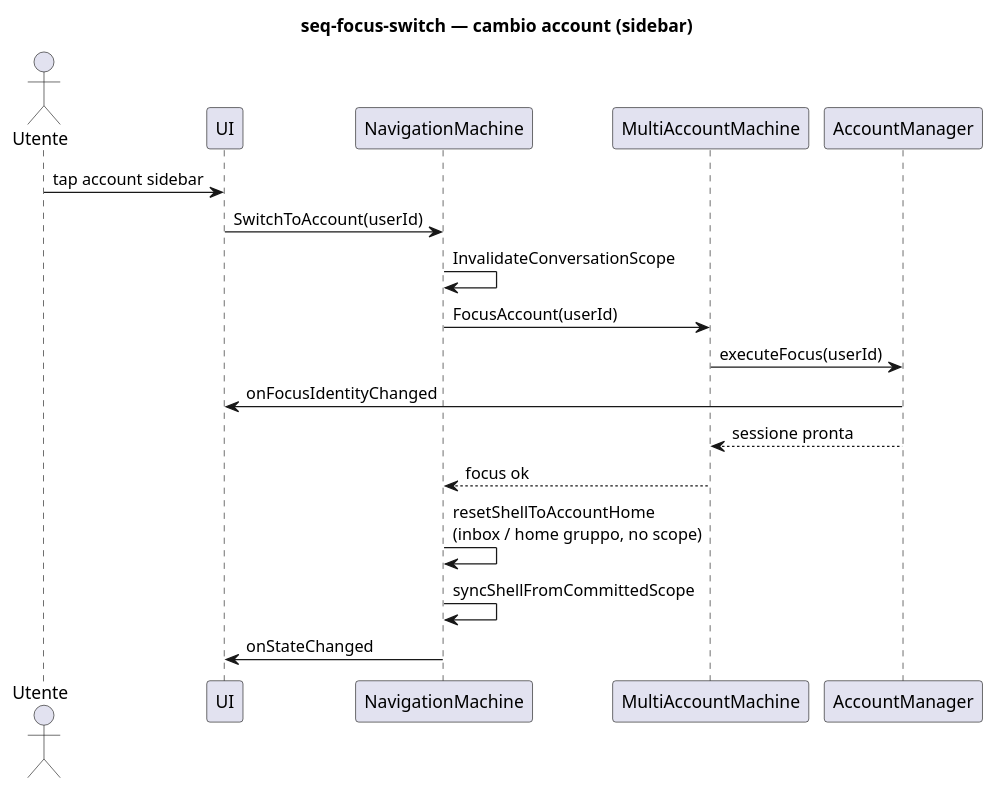
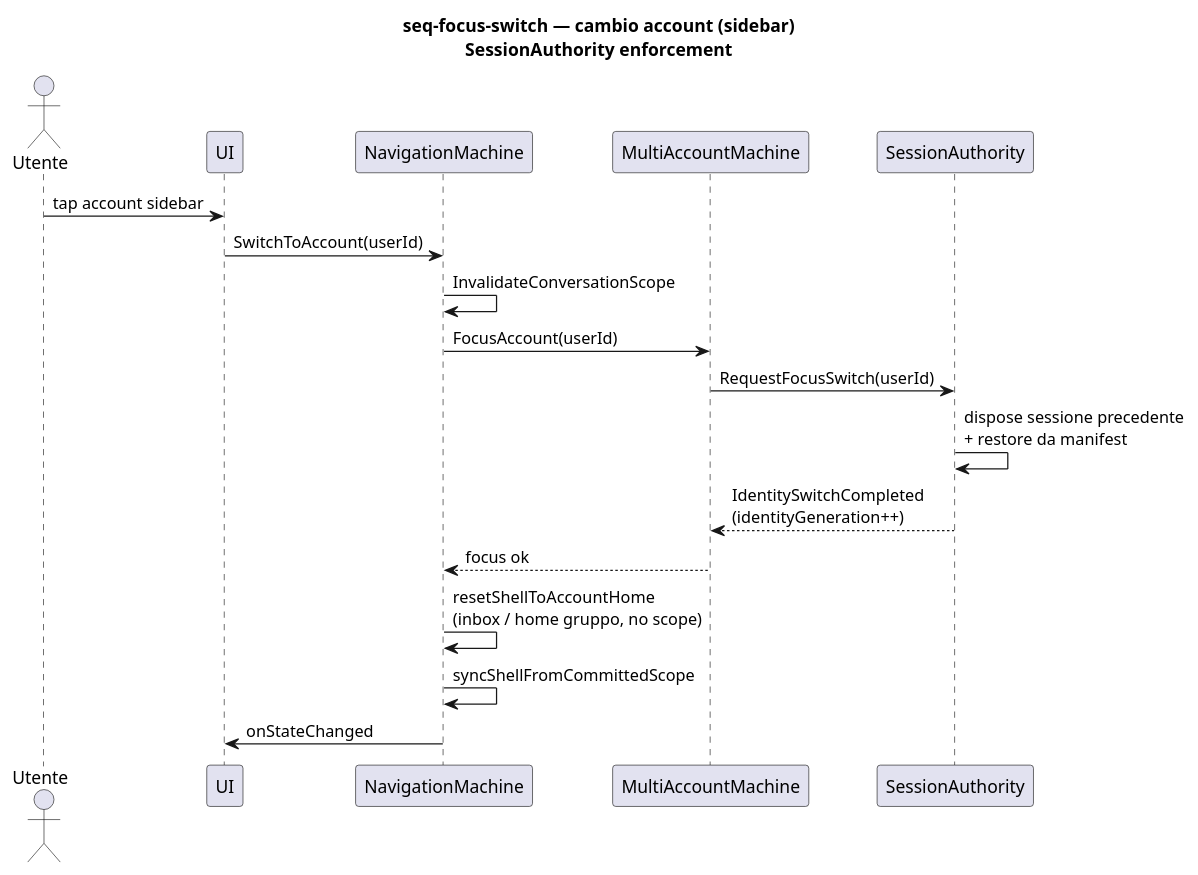
One commit to alfred-im/alfred-im changed the diagram in docs/model/uml/multi-account/seq-focus-switch.puml. Above: the diagram before and after it, drawn with PlantUML. The commit also changed 21 other files, not shown here.

First line of the commit message:
feat(multi-account): SessionAuthority — enforcement unico identità GoTrue

```diff
--- a/docs/model/uml/multi-account/seq-focus-switch.puml
+++ b/docs/model/uml/multi-account/seq-focus-switch.puml
@@ -1,26 +1,26 @@
 @startuml seq-focus-switch
 ' Context: multi-account + navigation
 ' Profile: client
-' Revision: 2026-07-19
+' Revision: 2026-08-02
 
-title seq-focus-switch — cambio account (sidebar)
+title seq-focus-switch — cambio account (sidebar)\nSessionAuthority enforcement
 
 actor Utente
 participant "UI" as UI
 participant "NavigationMachine" as Nav
 participant "MultiAccountMachine" as MA
-participant "AccountManager" as AM
+participant "SessionAuthority" as SA
 
 Utente -> UI : tap account sidebar
 UI -> Nav : SwitchToAccount(userId)
 Nav -> Nav : InvalidateConversationScope
 Nav -> MA : FocusAccount(userId)
-MA -> AM : executeFocus(userId)
-AM -> UI : onFocusIdentityChanged
-AM --> MA : sessione pronta
+MA -> SA : RequestFocusSwitch(userId)
+SA -> SA : dispose sessione precedente\n+ restore da manifest
+SA --> MA : IdentitySwitchCompleted\n(identityGeneration++)
 MA --> Nav : focus ok
 Nav -> Nav : resetShellToAccountHome\n(inbox / home gruppo, no scope)
 Nav -> Nav : syncShellFromCommittedScope
 Nav -> UI : onStateChanged
 
 @enduml
```
